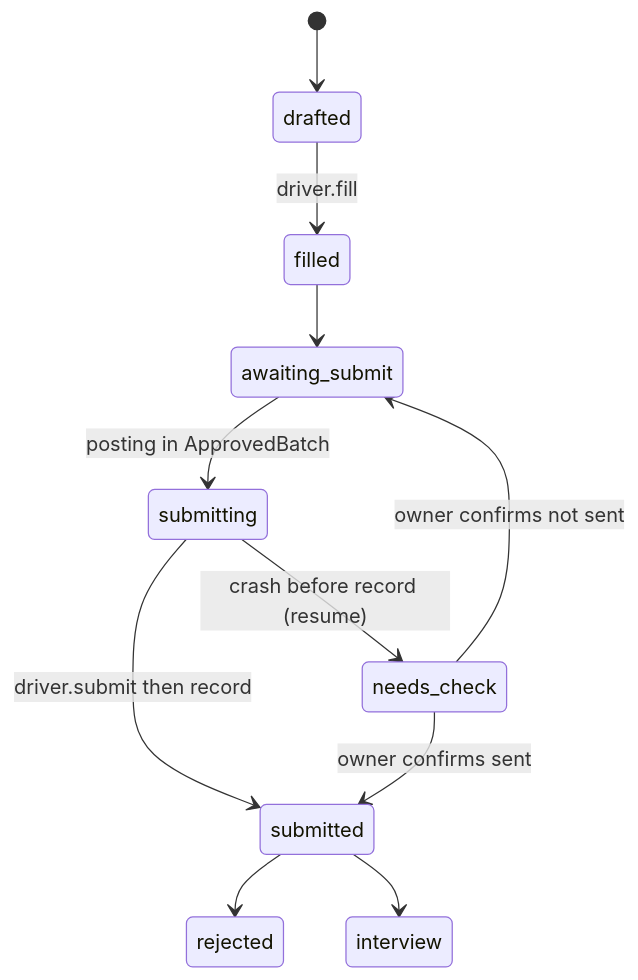
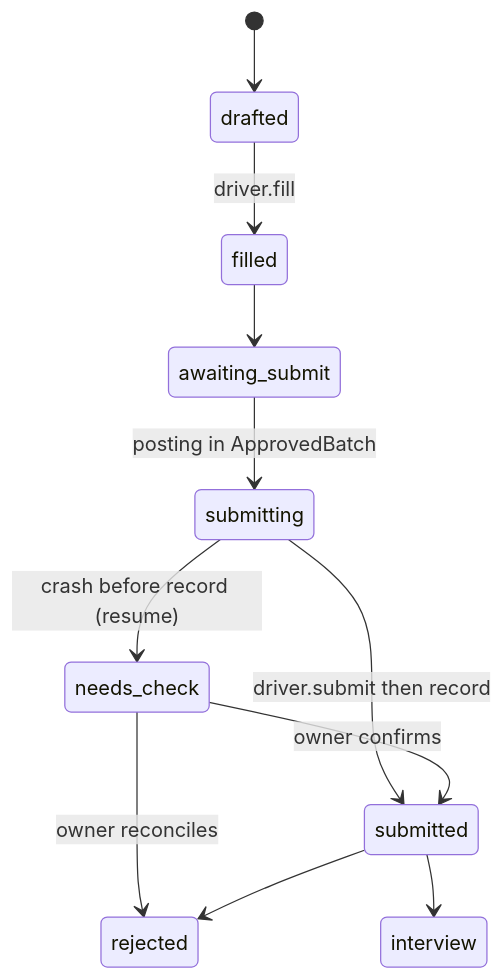
One commit to p10ns11y/collab-finder changed the second of 2 diagrams in packages/core/README.md. Above: the diagram before and after it, drawn with Mermaid. The commit also changed other lines of this file and 6 other files, not shown here.

````diff
--- a/packages/core/README.md
+++ b/packages/core/README.md
@@ -11,13 +11,13 @@
 ```mermaid
 stateDiagram-v2
   [*] --> drafted
   drafted --> filled: driver.fill
   filled --> awaiting_submit
   awaiting_submit --> submitting: posting in ApprovedBatch
   submitting --> submitted: driver.submit then record
   submitting --> needs_check: crash before record (resume)
-  needs_check --> submitted: owner confirms sent
-  needs_check --> awaiting_submit: owner confirms not sent
+  needs_check --> submitted: owner confirms
+  needs_check --> rejected: owner reconciles
   submitted --> rejected
   submitted --> interview
 ```
````
